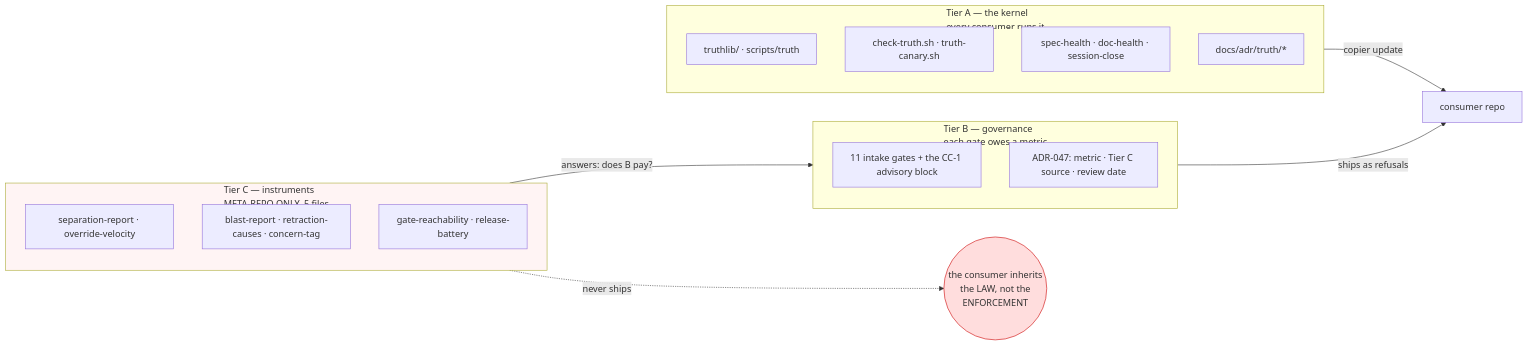
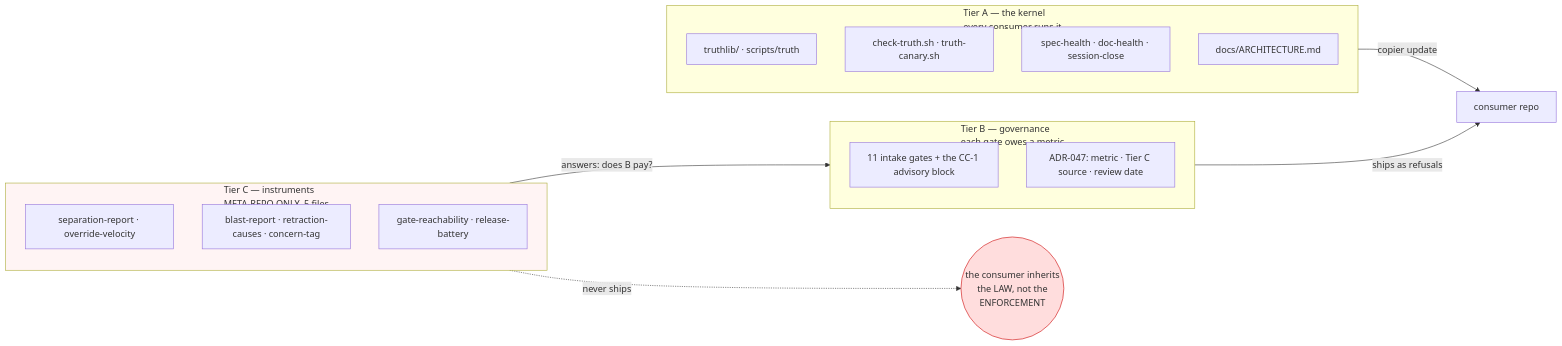
Before and after one commit to m1981/truth-ledger: the second of 3 diagrams in template/docs/structure.md, drawn with Mermaid. The commit also changed other lines of this file and 9 other files, not shown here.

First line of the commit message:
docs(refactor): krok 1.3a -- ARCHITECTURE.md; przeniesienie ADR-ow zablokowane zamrozeniem

````diff
--- a/template/docs/structure.md
+++ b/template/docs/structure.md
@@ -109,28 +109,28 @@
 ```mermaid
 flowchart LR
     subgraph A["Tier A — the kernel<br/>every consumer runs it"]
         A1["truthlib/ · scripts/truth"]
         A2["check-truth.sh · truth-canary.sh"]
         A3["spec-health · doc-health · session-close"]
-        A4["docs/adr/truth/*"]
+        A4["docs/ARCHITECTURE.md"]
     end
 
     subgraph B["Tier B — governance<br/>each gate owes a metric"]
         B1["11 intake gates + the CC-1 advisory block"]
         B2["ADR-047: metric · Tier C source · review date"]
     end
 
     subgraph C["Tier C — instruments<br/>META-REPO ONLY, 5 files"]
         C1["separation-report · override-velocity"]
         C2["blast-report · retraction-causes · concern-tag"]
         C3["gate-reachability · release-battery"]
     end
 
     A -->|"copier update"| CONS["consumer repo"]
     B -->|"ships as refusals"| CONS
     C -.->|"never ships"| X(("the consumer inherits<br/>the LAW, not the<br/>ENFORCEMENT"))
     C -->|"answers: does B pay?"| B
 
     style C fill:#fff4f4
     style X fill:#fdd,stroke:#c00
 ```
````
